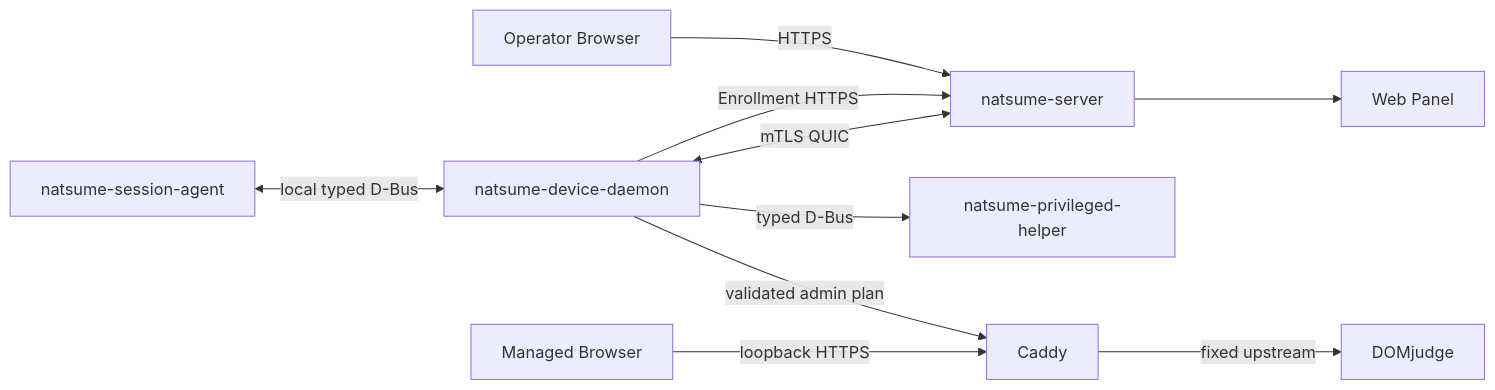
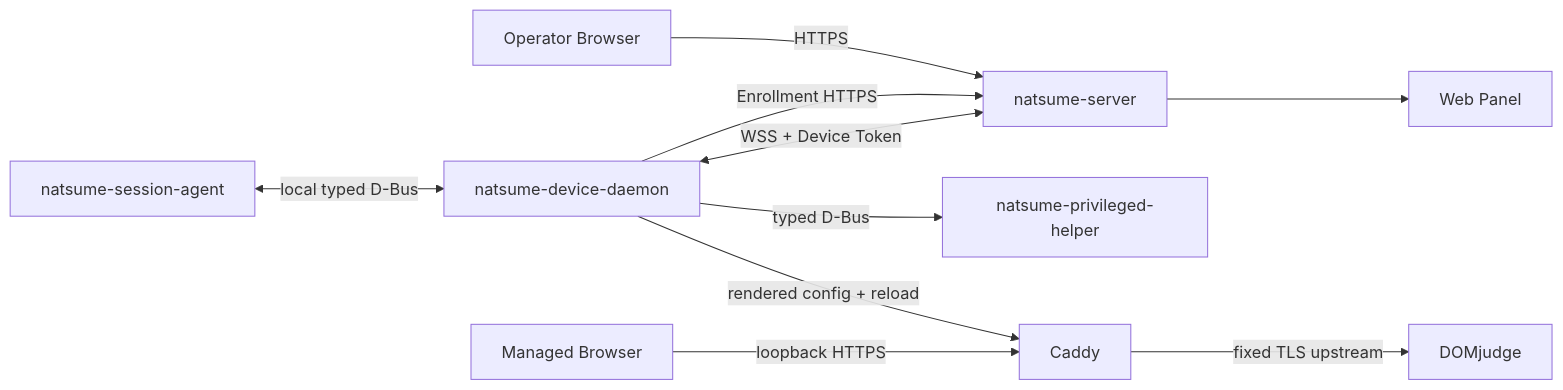
Before and after one commit to 4o3F/Natsume: the diagram in docs/architecture.md, drawn with Mermaid. The commit also changed other lines of this file and 29 other files, not shown here.

````diff
--- a/docs/architecture.md
+++ b/docs/architecture.md
@@ -61,22 +64,22 @@
 ```mermaid
 flowchart LR
     Operator[Operator Browser]
     Server[natsume-server]
     Web[Web Panel]
     Device[natsume-device-daemon]
     Helper[natsume-privileged-helper]
     Agent[natsume-session-agent]
     Caddy[Caddy]
     Browser[Managed Browser]
     DOMjudge[DOMjudge]
 
     Operator -->|HTTPS| Server
     Server --> Web
     Device -->|Enrollment HTTPS| Server
-    Device <-->|mTLS QUIC| Server
+    Device <-->|WSS + Device Token| Server
     Device -->|typed D-Bus| Helper
     Agent <-->|local typed D-Bus| Device
-    Device -->|validated admin plan| Caddy
+    Device -->|rendered config + reload| Caddy
     Browser -->|loopback HTTPS| Caddy
-    Caddy -->|fixed upstream| DOMjudge
+    Caddy -->|fixed TLS upstream| DOMjudge
 ```
````
